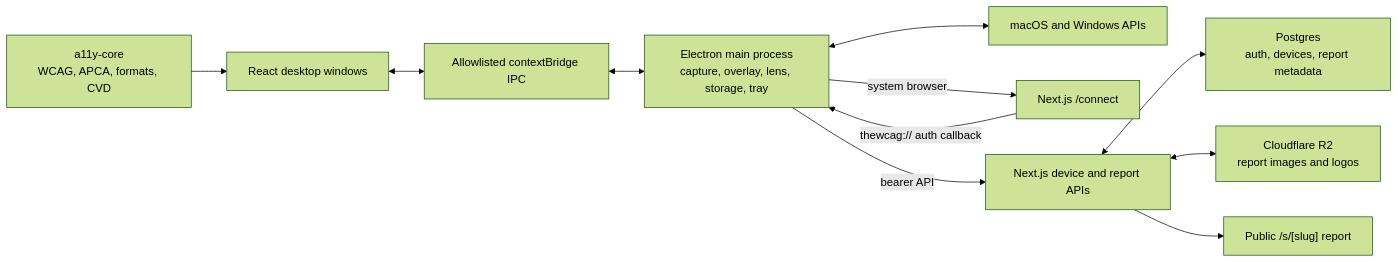
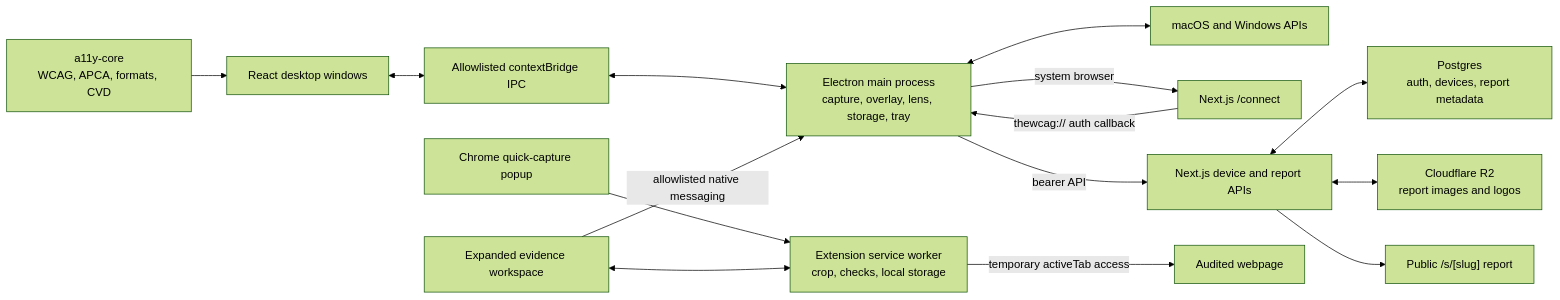
One commit to Sairo-app/app.thewcag.com changed the diagram in README.md. Above: the diagram before and after it, drawn with Mermaid (forest theme). The commit also changed other lines of this file and 62 other files, not shown here.

Commit message:
feat: add AI-assisted browser evidence workflow

````diff
--- a/README.md
+++ b/README.md
@@ -54,14 +85,18 @@
 ```mermaid
 flowchart LR
     Core["a11y-core<br/>WCAG, APCA, formats, CVD"] --> DesktopUI["React desktop windows"]
     DesktopUI <--> IPC["Allowlisted contextBridge IPC"]
     IPC <--> Native["Electron main process<br/>capture, overlay, lens, storage, tray"]
     Native <--> OS["macOS and Windows APIs"]
 
     Native -->|"system browser"| Connect["Next.js /connect"]
     Connect -->|"thewcag:// auth callback"| Native
     Native -->|"bearer API"| Web["Next.js device and report APIs"]
+    Popup["Chrome quick-capture popup"] --> Worker["Extension service worker<br/>crop, checks, local storage"]
+    Workspace["Expanded evidence workspace"] <--> Worker
+    Worker -->|"temporary activeTab access"| Browser["Audited webpage"]
+    Workspace -->|"allowlisted native messaging"| Native
     Web <--> Postgres["Postgres<br/>auth, devices, report metadata"]
     Web <--> R2["Cloudflare R2<br/>report images and logos"]
     Web --> Public["Public /s/[slug] report"]
 ```
````
